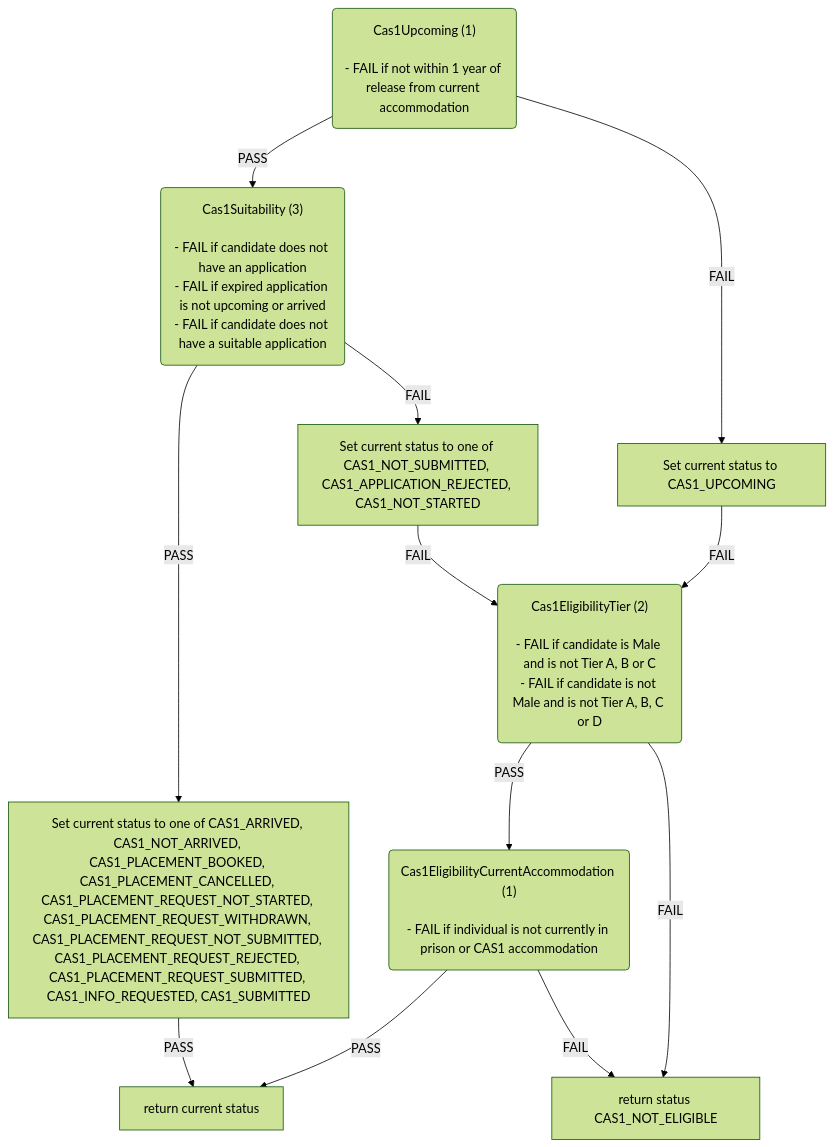
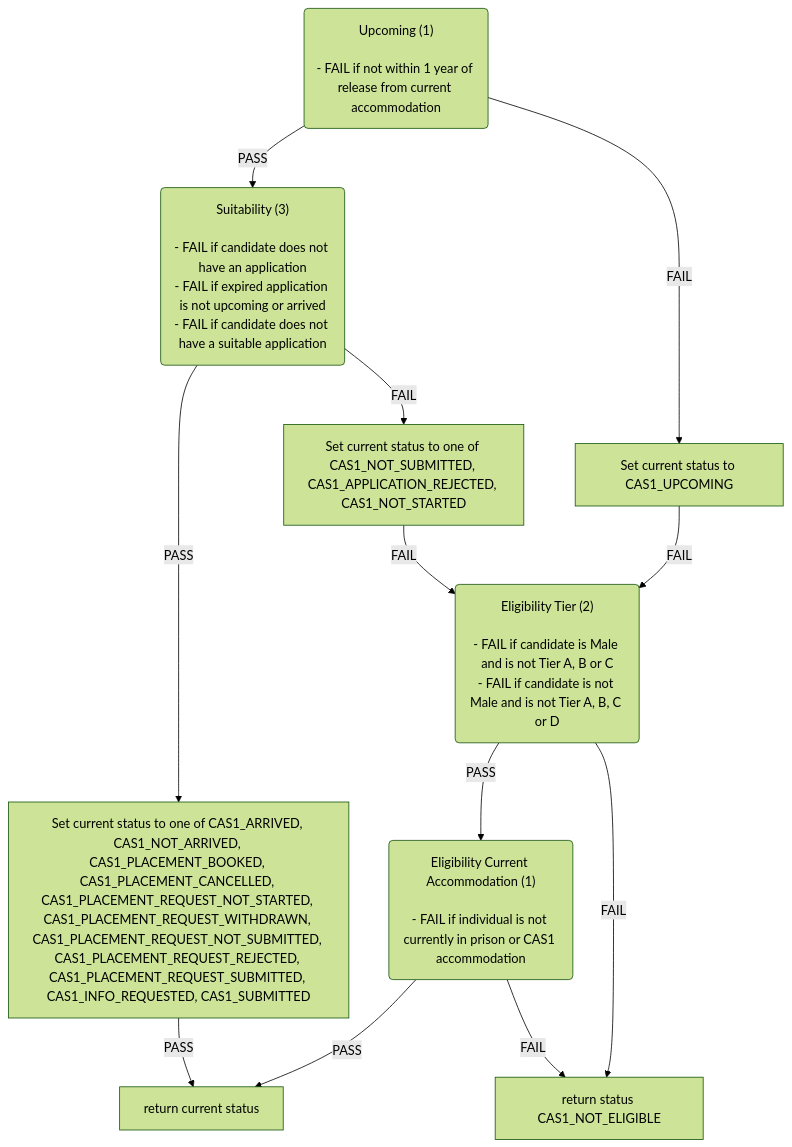
One commit to ministryofjustice/hmpps-single-accommodation-service-api changed the first of 6 diagrams in docs/eligibility-rules-graph.md. Above: the diagram before and after it, drawn with Mermaid (forest theme). The commit also changed other lines of this file and 41 other files, not shown here.

First line of the commit message:
Improve rules graph rule set labelling (#805)

````diff
--- a/docs/eligibility-rules-graph.md
+++ b/docs/eligibility-rules-graph.md
@@ -9,34 +9,34 @@
 ```mermaid
 flowchart TD
-  Cas1Upcoming("Cas1Upcoming (1)
+  Upcoming("Upcoming (1)
 
 - FAIL if not within 1 year of release from current accommodation")
-  Cas1Suitability("Cas1Suitability (3)
+  Suitability("Suitability (3)
 
 - FAIL if candidate does not have an application
 - FAIL if expired application is not upcoming or arrived
 - FAIL if candidate does not have a suitable application")
   Set_current_status_to_one_of_CAS1_ARRIVED__CAS1_NOT_ARRIVED__CAS1_PLACEMENT_BOOKED__CAS1_PLACEMENT_CANCELLED__CAS1_PLACEMENT_REQUEST_NOT_STARTED__CAS1_PLACEMENT_REQUEST_WITHDRAWN__CAS1_PLACEMENT_REQUEST_NOT_SUBMITTED__CAS1_PLACEMENT_REQUEST_REJECTED__CAS1_PLACEMENT_REQUEST_SUBMITTED__CAS1_INFO_REQUESTED__CAS1_SUBMITTED["Set current status to one of CAS1_ARRIVED, CAS1_NOT_ARRIVED, CAS1_PLACEMENT_BOOKED, CAS1_PLACEMENT_CANCELLED, CAS1_PLACEMENT_REQUEST_NOT_STARTED, CAS1_PLACEMENT_REQUEST_WITHDRAWN, CAS1_PLACEMENT_REQUEST_NOT_SUBMITTED, CAS1_PLACEMENT_REQUEST_REJECTED, CAS1_PLACEMENT_REQUEST_SUBMITTED, CAS1_INFO_REQUESTED, CAS1_SUBMITTED"]
   return_current_status["return current status"]
   Set_current_status_to_one_of_CAS1_NOT_SUBMITTED__CAS1_APPLICATION_REJECTED__CAS1_NOT_STARTED["Set current status to one of CAS1_NOT_SUBMITTED, CAS1_APPLICATION_REJECTED, CAS1_NOT_STARTED"]
-  Cas1EligibilityTier("Cas1EligibilityTier (2)
+  Eligibility_Tier("Eligibility Tier (2)
 
 - FAIL if candidate is Male and is not Tier A, B or C
 - FAIL if candidate is not Male and is not Tier A, B, C or D")
-  Cas1EligibilityCurrentAccommodation("Cas1EligibilityCurrentAccommodation (1)
+  Eligibility_Current_Accommodation("Eligibility Current Accommodation (1)
 
 - FAIL if individual is not currently in prison or CAS1 accommodation")
   return_status_CAS1_NOT_ELIGIBLE["return status CAS1_NOT_ELIGIBLE"]
   Set_current_status_to_CAS1_UPCOMING["Set current status to CAS1_UPCOMING"]
-  Cas1Suitability -->|PASS| Set_current_status_to_one_of_CAS1_ARRIVED__CAS1_NOT_ARRIVED__CAS1_PLACEMENT_BOOKED__CAS1_PLACEMENT_CANCELLED__CAS1_PLACEMENT_REQUEST_NOT_STARTED__CAS1_PLACEMENT_REQUEST_WITHDRAWN__CAS1_PLACEMENT_REQUEST_NOT_SUBMITTED__CAS1_PLACEMENT_REQUEST_REJECTED__CAS1_PLACEMENT_REQUEST_SUBMITTED__CAS1_INFO_REQUESTED__CAS1_SUBMITTED
+  Suitability -->|PASS| Set_current_status_to_one_of_CAS1_ARRIVED__CAS1_NOT_ARRIVED__CAS1_PLACEMENT_BOOKED__CAS1_PLACEMENT_CANCELLED__CAS1_PLACEMENT_REQUEST_NOT_STARTED__CAS1_PLACEMENT_REQUEST_WITHDRAWN__CAS1_PLACEMENT_REQUEST_NOT_SUBMITTED__CAS1_PLACEMENT_REQUEST_REJECTED__CAS1_PLACEMENT_REQUEST_SUBMITTED__CAS1_INFO_REQUESTED__CAS1_SUBMITTED
   Set_current_status_to_one_of_CAS1_ARRIVED__CAS1_NOT_ARRIVED__CAS1_PLACEMENT_BOOKED__CAS1_PLACEMENT_CANCELLED__CAS1_PLACEMENT_REQUEST_NOT_STARTED__CAS1_PLACEMENT_REQUEST_WITHDRAWN__CAS1_PLACEMENT_REQUEST_NOT_SUBMITTED__CAS1_PLACEMENT_REQUEST_REJECTED__CAS1_PLACEMENT_REQUEST_SUBMITTED__CAS1_INFO_REQUESTED__CAS1_SUBMITTED -->|PASS| return_current_status
-  Cas1Suitability -->|FAIL| Set_current_status_to_one_of_CAS1_NOT_SUBMITTED__CAS1_APPLICATION_REJECTED__CAS1_NOT_STARTED
-  Cas1EligibilityCurrentAccommodation -->|PASS| return_current_status
-  Cas1EligibilityCurrentAccommodation -->|FAIL| return_status_CAS1_NOT_ELIGIBLE
-  Cas1EligibilityTier -->|PASS| Cas1EligibilityCurrentAccommodation
-  Cas1EligibilityTier -->|FAIL| return_status_CAS1_NOT_ELIGIBLE
-  Set_current_status_to_one_of_CAS1_NOT_SUBMITTED__CAS1_APPLICATION_REJECTED__CAS1_NOT_STARTED -->|FAIL| Cas1EligibilityTier
-  Cas1Upcoming -->|PASS| Cas1Suitability
-  Cas1Upcoming -->|FAIL| Set_current_status_to_CAS1_UPCOMING
-  Set_current_status_to_CAS1_UPCOMING -->|FAIL| Cas1EligibilityTier
+  Suitability -->|FAIL| Set_current_status_to_one_of_CAS1_NOT_SUBMITTED__CAS1_APPLICATION_REJECTED__CAS1_NOT_STARTED
+  Eligibility_Current_Accommodation -->|PASS| return_current_status
+  Eligibility_Current_Accommodation -->|FAIL| return_status_CAS1_NOT_ELIGIBLE
+  Eligibility_Tier -->|PASS| Eligibility_Current_Accommodation
+  Eligibility_Tier -->|FAIL| return_status_CAS1_NOT_ELIGIBLE
+  Set_current_status_to_one_of_CAS1_NOT_SUBMITTED__CAS1_APPLICATION_REJECTED__CAS1_NOT_STARTED -->|FAIL| Eligibility_Tier
+  Upcoming -->|PASS| Suitability
+  Upcoming -->|FAIL| Set_current_status_to_CAS1_UPCOMING
+  Set_current_status_to_CAS1_UPCOMING -->|FAIL| Eligibility_Tier
 ```
````
